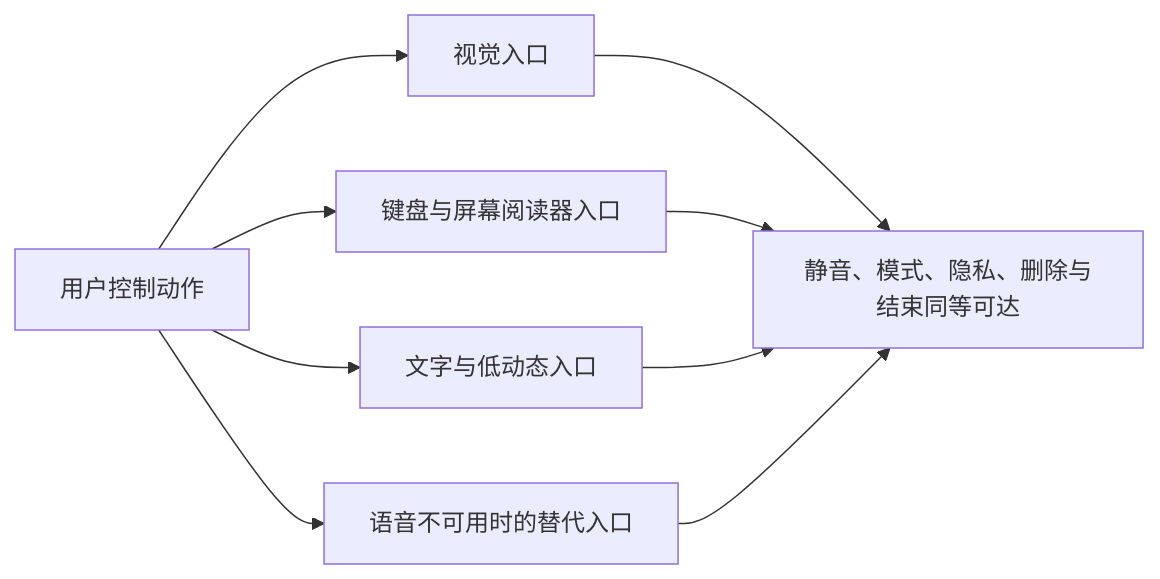
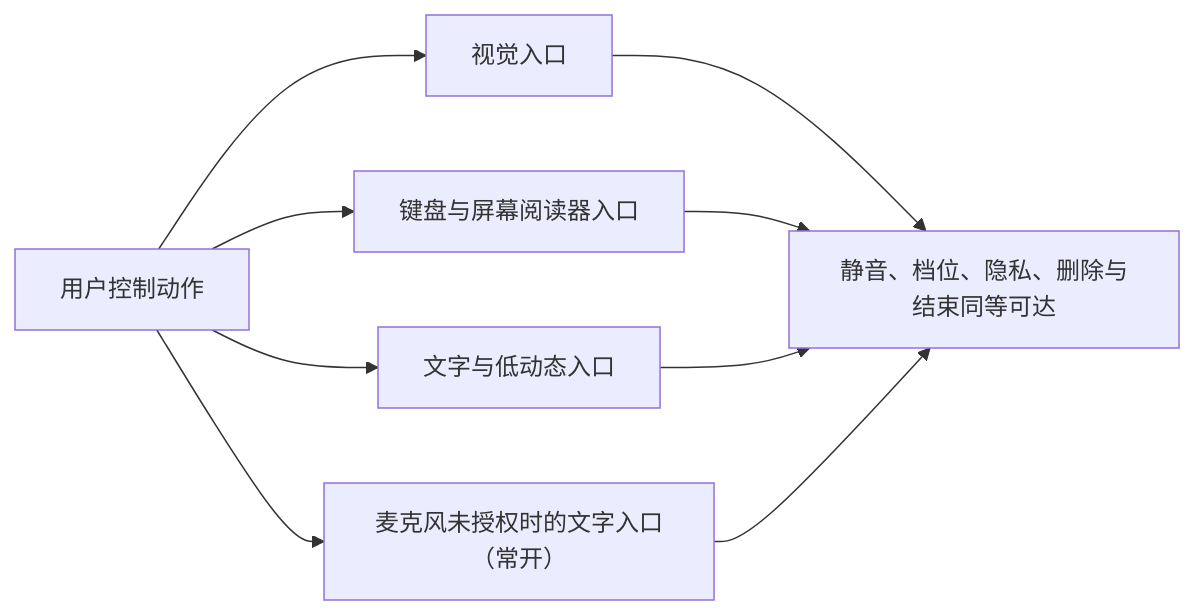
One commit to weiz98417-crypto/qiuqiu changed the second of 3 diagrams in docs/球球全套资料/4.产品设计/35-偏好、设置与无障碍设计.md. Above: the diagram before and after it, drawn with Mermaid. The commit also changed other lines of this file and 49 other files, not shown here.

````diff
--- a/docs/球球全套资料/4.产品设计/35-偏好、设置与无障碍设计.md
+++ b/docs/球球全套资料/4.产品设计/35-偏好、设置与无障碍设计.md
@@ -280,11 +227,11 @@
 ```mermaid
 flowchart LR
     A[用户控制动作] --> B[视觉入口]
     A --> C[键盘与屏幕阅读器入口]
     A --> D[文字与低动态入口]
-    A --> E[语音不可用时的替代入口]
-    B --> F[静音、模式、隐私、删除与结束同等可达]
+    A --> E[麦克风未授权时的文字入口（常开）]
+    B --> F[静音、档位、隐私、删除与结束同等可达]
     C --> F
     D --> F
     E --> F
 ```
````
